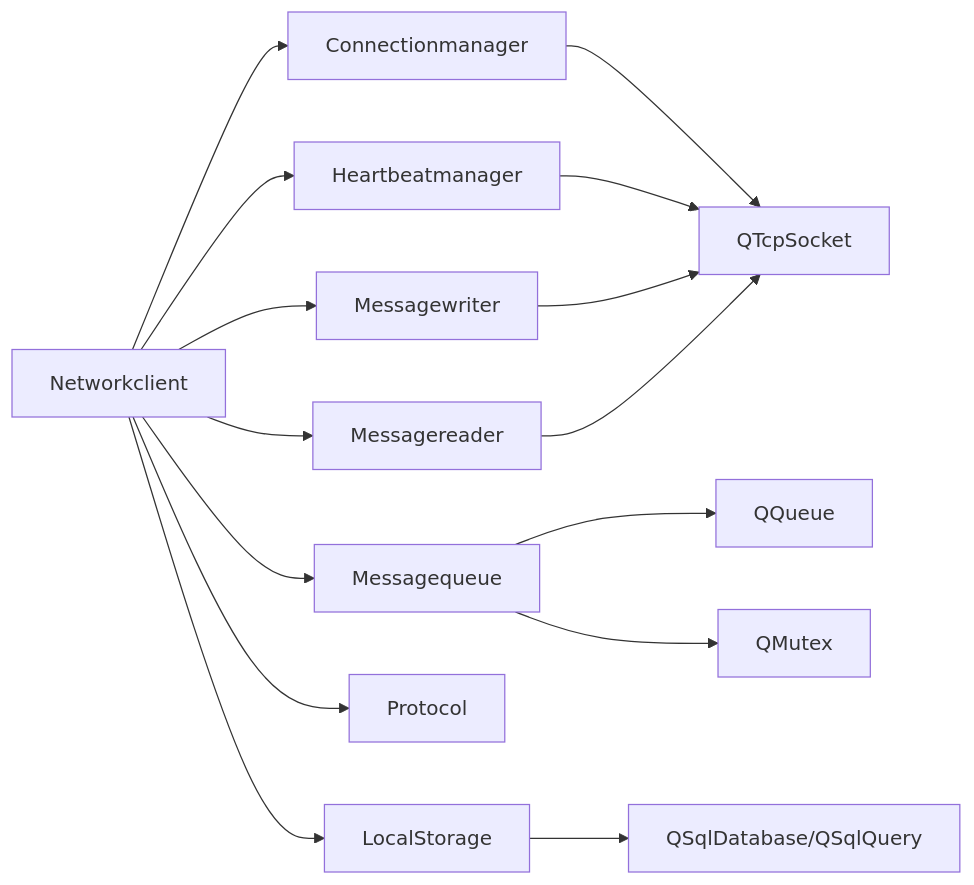
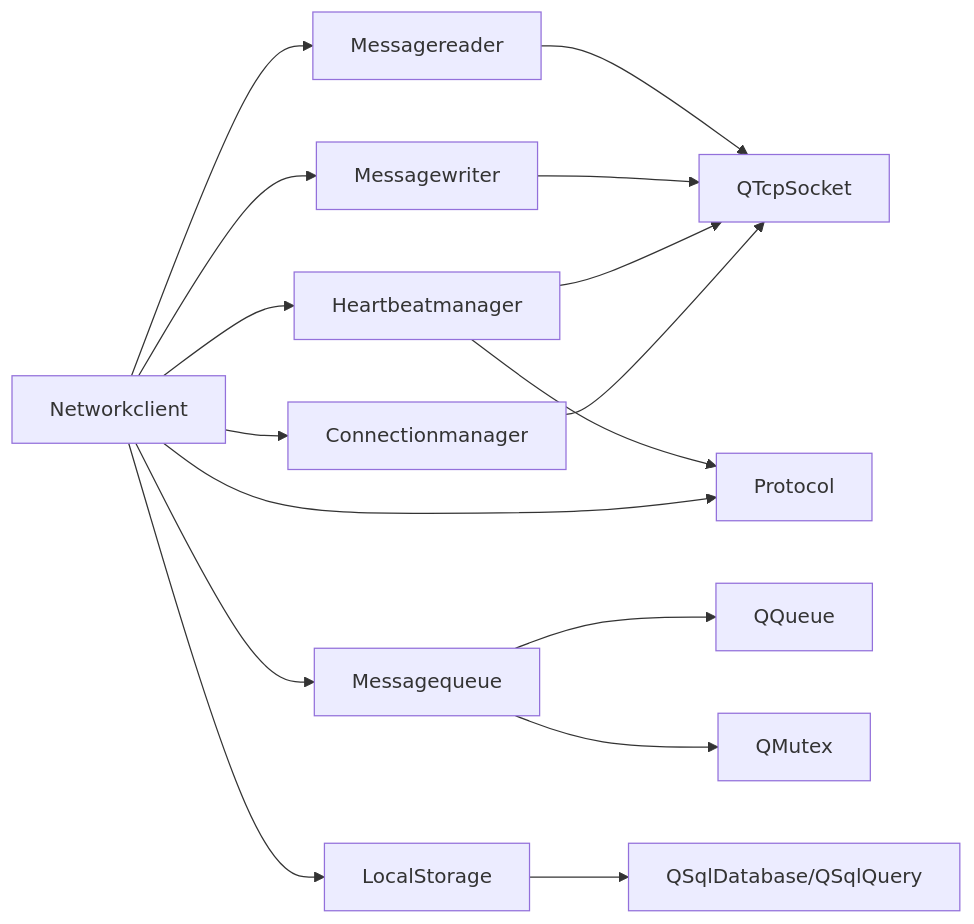
One commit to HeQiTZD/Triple-terminal-Attendance-Punching-System changed the tenth of 10 diagrams in .qoder/repowiki/zh/content/核心模块/网络客户端模块/网络客户端核心.md. Above: the diagram before and after it, drawn with Mermaid. The commit also changed other lines of this file and 18 other files, not shown here.

````diff
--- a/.qoder/repowiki/zh/content/核心模块/网络客户端模块/网络客户端核心.md
+++ b/.qoder/repowiki/zh/content/核心模块/网络客户端模块/网络客户端核心.md
@@ -432,17 +446,18 @@
 ```mermaid
 graph LR
 NC["Networkclient"] --> CM["Connectionmanager"]
 NC --> HM["Heartbeatmanager"]
 NC --> MW["Messagewriter"]
 NC --> MR["Messagereader"]
 NC --> MQ["Messagequeue"]
 NC --> PR["Protocol"]
 NC --> LS["LocalStorage"]
 CM --> QT["QTcpSocket"]
 HM --> QT
+HM --> PR
 MW --> QT
 MR --> QT
 MQ --> Q["QQueue"]
 MQ --> MX["QMutex"]
 LS --> SQL["QSqlDatabase/QSqlQuery"]
 ```
````
